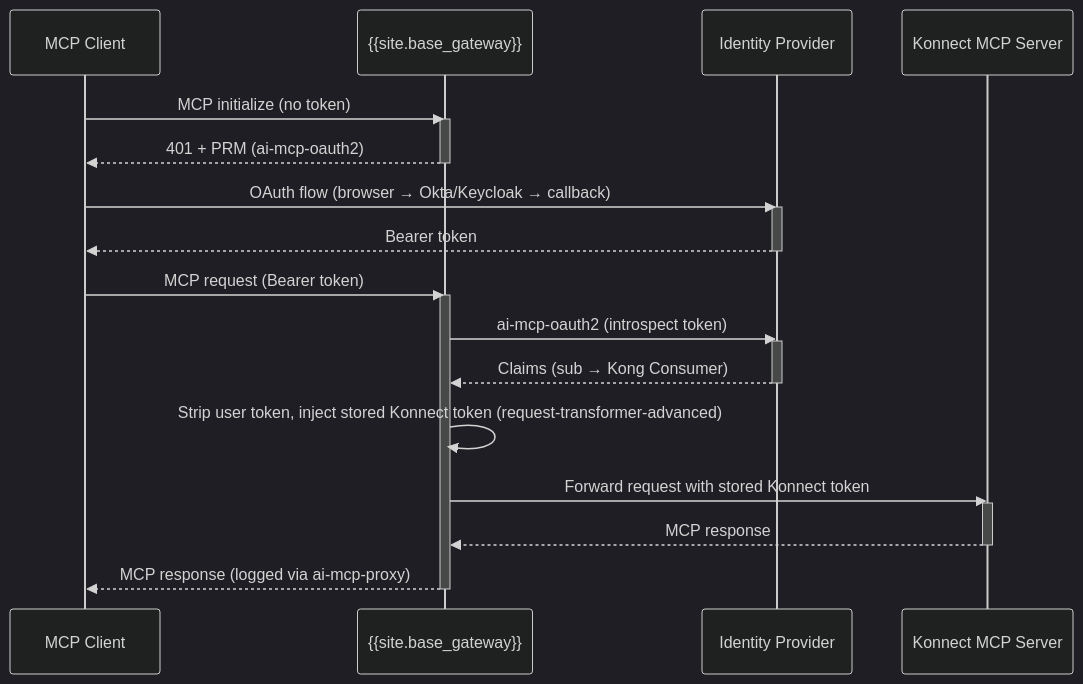
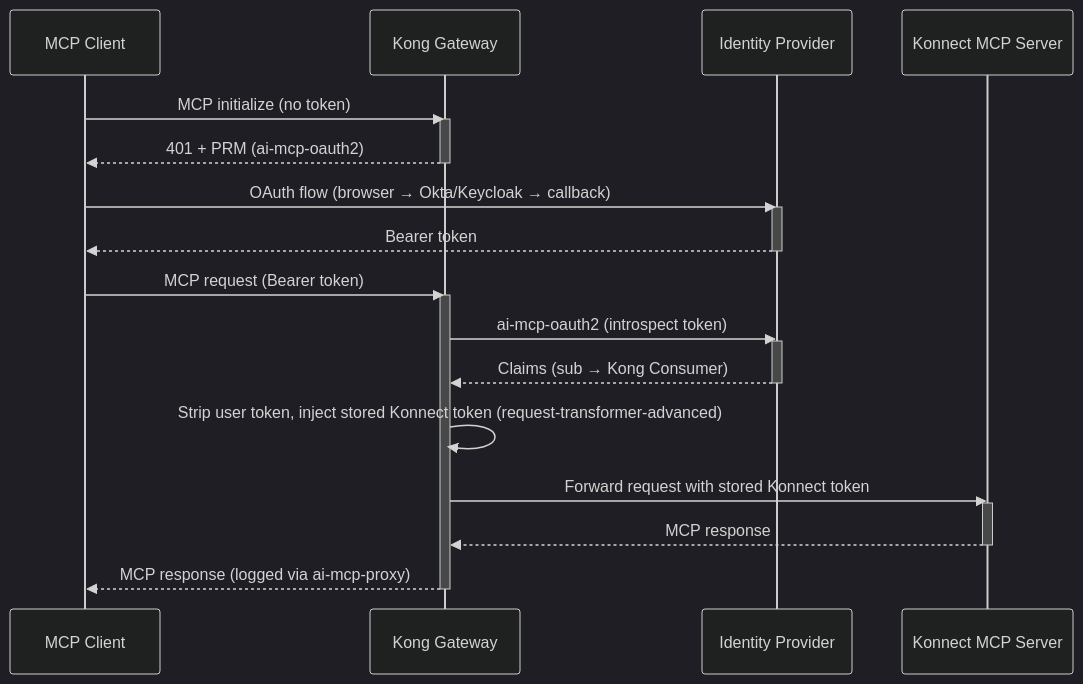
The second of 2 diagrams in app/_cookbooks/secure-external-mcp-gateway.md (Kong/developer.konghq.com), drawn with Mermaid (dark theme) before and after one commit. The commit also changed other lines of this file and 6 other files, not shown here.

```diff
--- a/app/_cookbooks/secure-external-mcp-gateway.md
+++ b/app/_cookbooks/secure-external-mcp-gateway.md
@@ -301,31 +301,31 @@
 {% mermaid %}
 sequenceDiagram
     participant C as MCP Client
-    participant K as {{site.base_gateway}}
+    participant K as Kong Gateway
     participant IdP as Identity Provider
     participant KM as Konnect MCP Server
 
     C->>K: MCP initialize (no token)
     activate K
     K-->>C: 401 + PRM (ai-mcp-oauth2)
     deactivate K
 
     C->>IdP: OAuth flow (browser → Okta/Keycloak → callback)
     activate IdP
     IdP-->>C: Bearer token
     deactivate IdP
 
     C->>K: MCP request (Bearer token)
     activate K
     K->>IdP: ai-mcp-oauth2 (introspect token)
     activate IdP
     IdP-->>K: Claims (sub → Kong Consumer)
     deactivate IdP
     K->>K: Strip user token, inject stored Konnect token (request-transformer-advanced)
     K->>KM: Forward request with stored Konnect token
     activate KM
     KM-->>K: MCP response
     deactivate KM
     K-->>C: MCP response (logged via ai-mcp-proxy)
     deactivate K
 {% endmermaid %}
```
